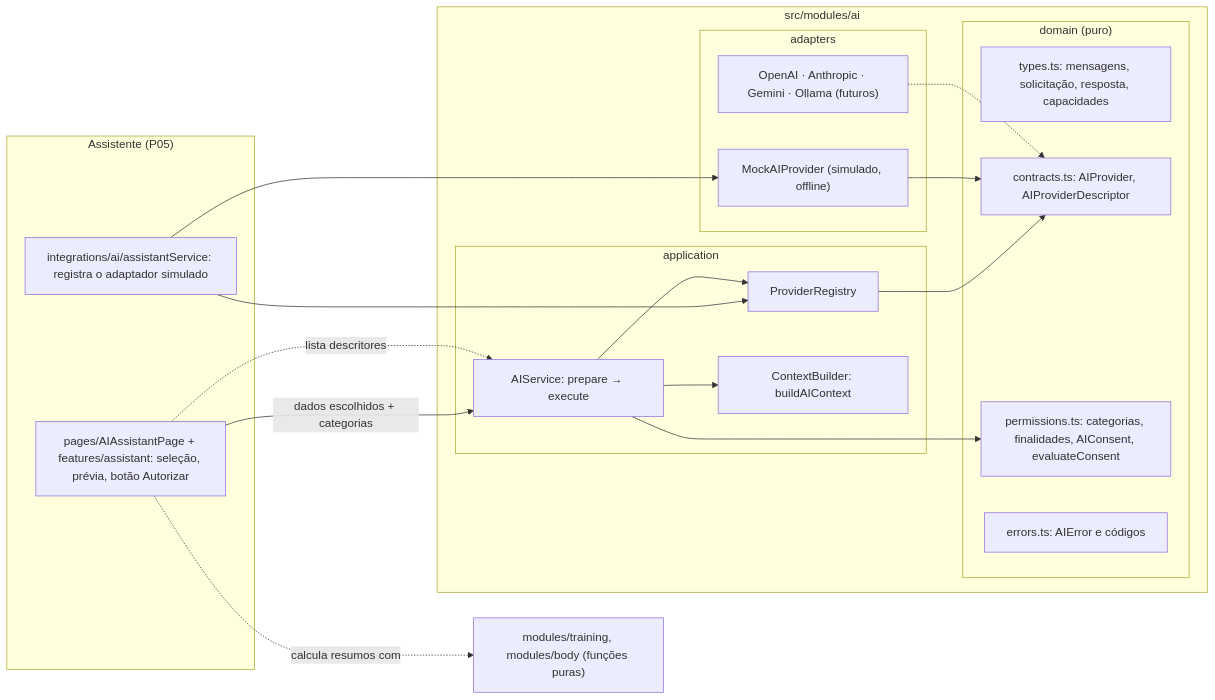
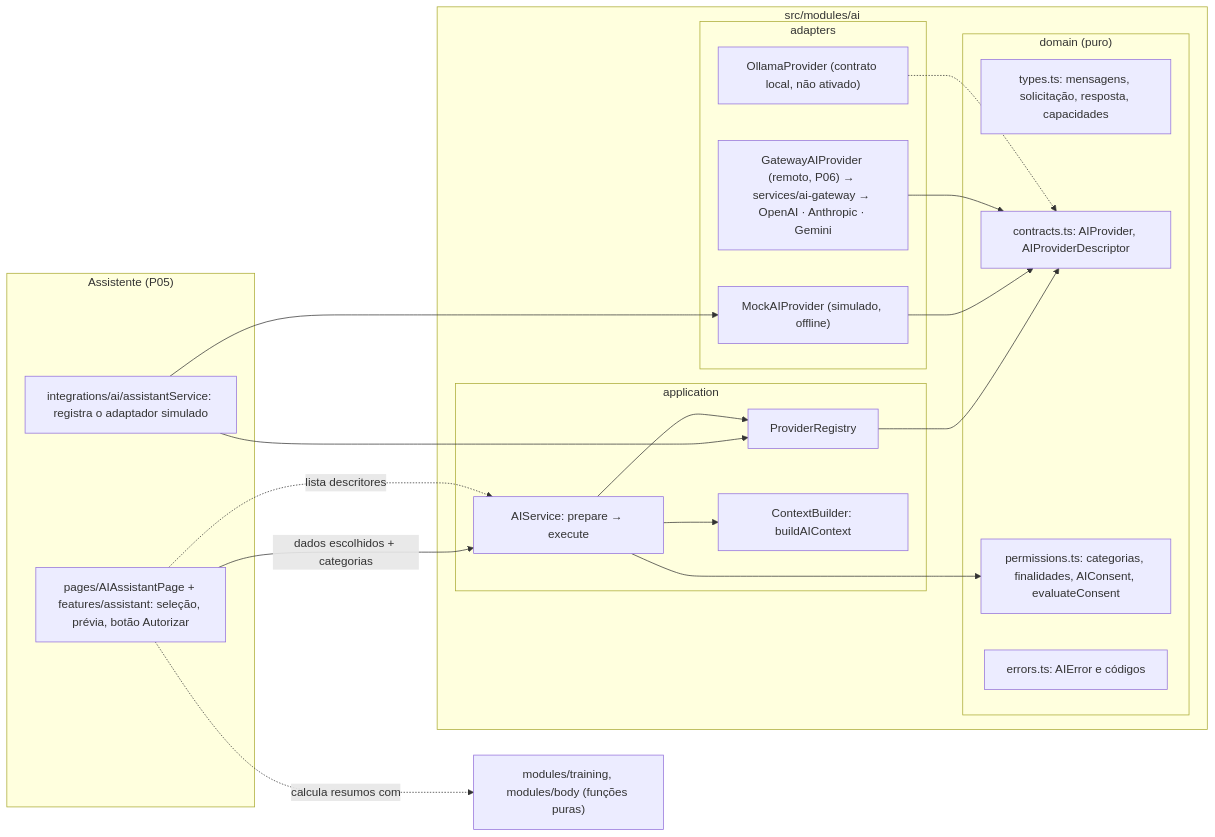
The first of 3 diagrams in docs/IA_ARQUITETURA.md (AdrielBR25/IronTrack), drawn with Mermaid before and after one commit. The commit also changed other lines of this file and 4 other files, not shown here.

First line of the commit message:
docs: IA_GATEWAY.md e modo remoto em IA_ARQUITETURA.md, ARQUITETURA.md e README

````diff
--- a/docs/IA_ARQUITETURA.md
+++ b/docs/IA_ARQUITETURA.md
@@ -28,37 +30,39 @@
 ```mermaid
 flowchart LR
   subgraph App["Assistente (P05)"]
     ui["pages/AIAssistantPage + features/assistant: seleção, prévia, botão Autorizar"]
     root["integrations/ai/assistantService: registra o adaptador simulado"]
   end
   subgraph AI["src/modules/ai"]
     subgraph domain["domain (puro)"]
       types["types.ts: mensagens, solicitação, resposta, capacidades"]
       contracts["contracts.ts: AIProvider, AIProviderDescriptor"]
       perms["permissions.ts: categorias, finalidades, AIConsent, evaluateConsent"]
       errors["errors.ts: AIError e códigos"]
     end
     subgraph app["application"]
       registry["ProviderRegistry"]
       ctx["ContextBuilder: buildAIContext"]
       service["AIService: prepare → execute"]
     end
     subgraph adapters["adapters"]
       mock["MockAIProvider (simulado, offline)"]
-      futuros["OpenAI · Anthropic · Gemini · Ollama (futuros)"]
+      gateway["GatewayAIProvider (remoto, P06) → services/ai-gateway → OpenAI · Anthropic · Gemini"]
+      futuros["OllamaProvider (contrato local, não ativado)"]
     end
   end
   dominios["modules/training, modules/body (funções puras)"]
 
   ui -->|"dados escolhidos + categorias"| service
   ui -.->|"lista descritores"| service
   root --> registry
   root --> mock
   service --> registry
   service --> ctx
   service --> perms
   registry --> contracts
   mock --> contracts
+  gateway --> contracts
   futuros -.-> contracts
   ui -.->|"calcula resumos com"| dominios
 ```
````
